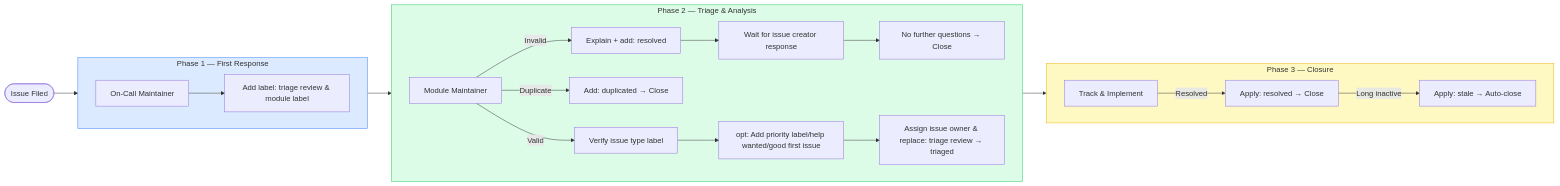
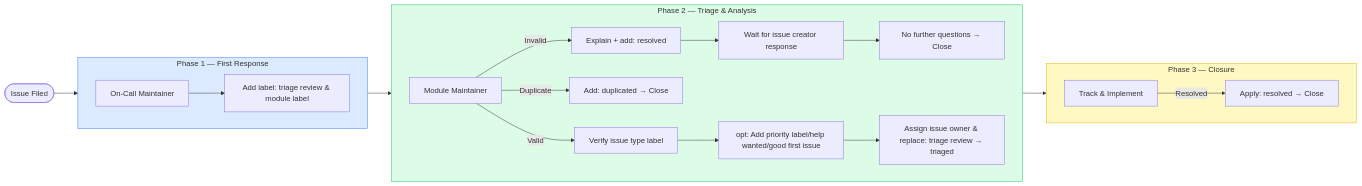
Before and after one commit to vllm-project/vllm-ascend: the diagram in docs/source/community/issue-workflow-guidelines.md, drawn with Mermaid.

Commit message:
Remove longterm inactive step after a issue resolved.

````diff
--- a/docs/source/community/issue-workflow-guidelines.md
+++ b/docs/source/community/issue-workflow-guidelines.md
@@ -53,34 +53,34 @@
 ```mermaid
 flowchart LR
     A([Issue Filed]) --> B
 
     subgraph P1["Phase 1 — First Response"]
         direction LR
         B[On-Call Maintainer] --> B1[Add label: triage review & module label]
     end
 
     B1 --> C
 
     subgraph P2["Phase 2 — Triage & Analysis"]
         direction LR
         C[Module Maintainer]
         C -- Valid --> C2[Verify issue type label]
         C -- Duplicate --> C3[Add: duplicated → Close]
         C -- Invalid --> C4[Explain + add: resolved]
         C4 --> C4a[Wait for issue creator response]
         C4a --> C4b[No further questions → Close]
         C2 --> C5[opt: Add priority label/help wanted/good first issue]
         C5 --> C6[Assign issue owner & replace: triage review → triaged]
     end
 
     C6 --> D
 
     subgraph P3["Phase 3 — Closure"]
         direction LR
-        D[Track & Implement] -- Resolved --> D2[Apply: resolved → Close] -- Long inactive --> D3[Apply: stale → Auto-close]
+        D[Track & Implement] -- Resolved --> D2[Apply: resolved → Close]
     end
 
     style P1 fill:#dbeafe,stroke:#3b82f6
     style P2 fill:#dcfce7,stroke:#22c55e
     style P3 fill:#fef9c3,stroke:#eab308
 ```
````
